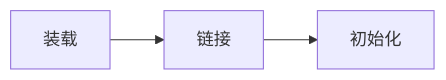
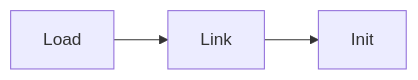
Before and after one commit to shawn520/shawn520.github.io: the third of 3 diagrams in source/_posts/java/JVM类加载机制的原理.md, drawn with Mermaid. The commit also changed other lines of this file, not shown here.

````diff
--- a/source/_posts/java/JVM类加载机制的原理.md
+++ b/source/_posts/java/JVM类加载机制的原理.md
@@ -111,5 +113,5 @@
 ```mermaid
 graph LR
-A[装载] --> B[链接]
-B --> C[初始化]
+A[Load] --> B[Link]
+B --> C[Init]
 ```
````
